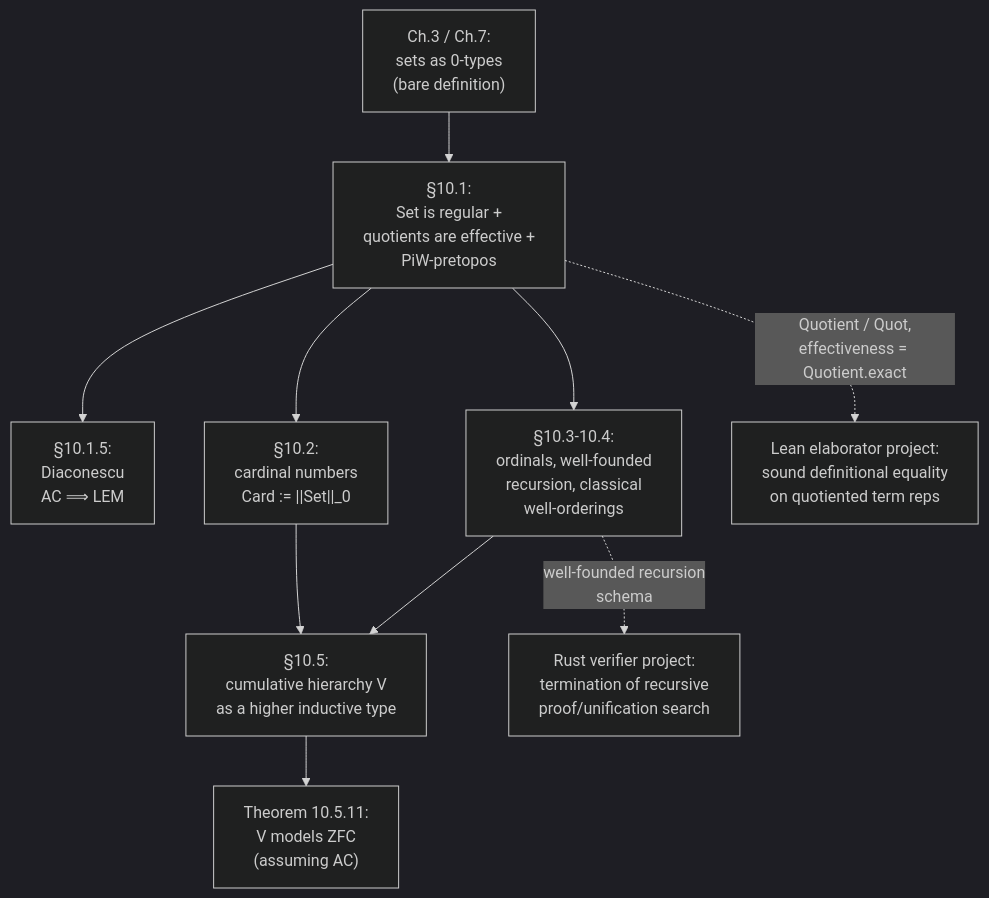
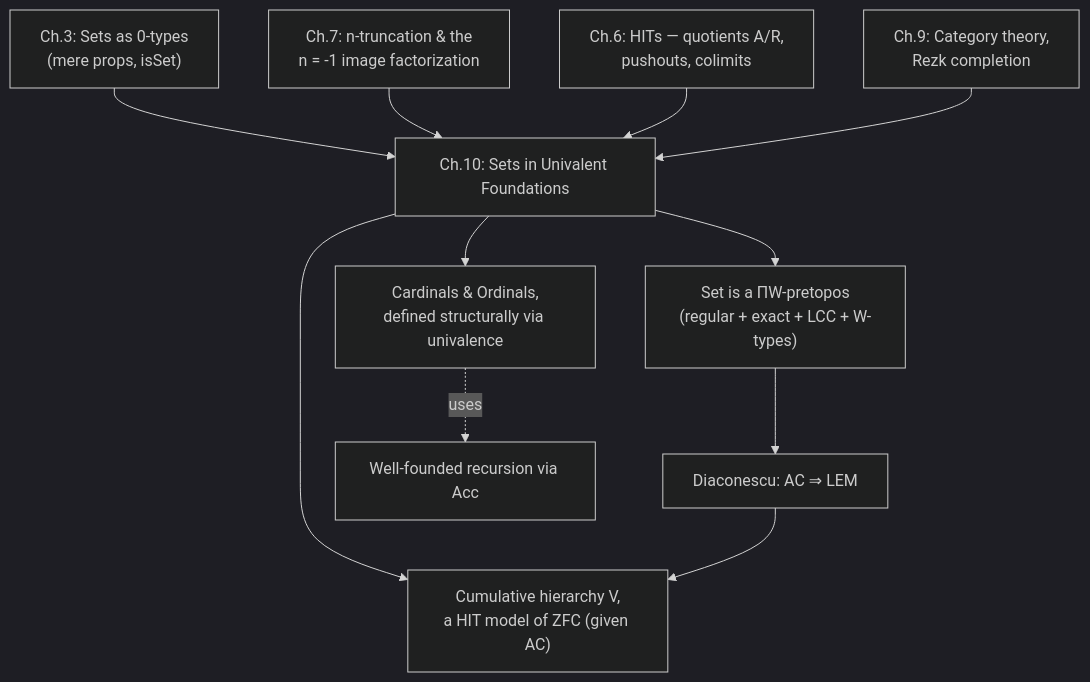
The diagram in 14_homotopy_type_theory/Sets-in-Univalent-Foundations.md (superoptimo/type_theory_vaults), drawn with Mermaid (dark theme) before and after one commit. The commit also changed other lines of this file and 1097 other files, not shown here.

Commit message:
Update vaults books with learning roadmaps

````diff
--- a/14_homotopy_type_theory/Sets-in-Univalent-Foundations.md
+++ b/14_homotopy_type_theory/Sets-in-Univalent-Foundations.md
@@ -213,11 +255,14 @@
 ```mermaid
 flowchart TD
-    A["Ch.3 / Ch.7:\nsets as 0-types\n(bare definition)"] --> B["§10.1:\nSet is regular +\nquotients are effective +\nPiW-pretopos"]
-    B --> C["§10.1.5:\nDiaconescu\nAC ⟹ LEM"]
-    B --> D["§10.2:\ncardinal numbers\nCard := ||Set||_0"]
-    B --> E["§10.3-10.4:\nordinals, well-founded\nrecursion, classical\nwell-orderings"]
-    D & E --> F["§10.5:\ncumulative hierarchy V\nas a higher inductive type"]
-    F --> G["Theorem 10.5.11:\nV models ZFC\n(assuming AC)"]
-    B -.->|"Quotient / Quot,\neffectiveness = Quotient.exact"| H["Lean elaborator project:\nsound definitional equality\non quotiented term reps"]
-    E -.->|"well-founded recursion\nschema"| I["Rust verifier project:\ntermination of recursive\nproof/unification search"]
+    C3["Ch.3: Sets as 0-types<br/>(mere props, isSet)"] --> C10
+    C7["Ch.7: n-truncation & the<br/>n = -1 image factorization"] --> C10
+    C6["Ch.6: HITs — quotients A/R,<br/>pushouts, colimits"] --> C10
+    C9["Ch.9: Category theory,<br/>Rezk completion"] --> C10
+    C10["Ch.10: Sets in Univalent Foundations"]
+    C10 --> Pretopos["Set is a ΠW-pretopos<br/>(regular + exact + LCC + W-types)"]
+    C10 --> CardOrd["Cardinals & Ordinals,<br/>defined structurally via univalence"]
+    C10 --> Hierarchy["Cumulative hierarchy V,<br/>a HIT model of ZFC (given AC)"]
+    Pretopos --> Diac["Diaconescu: AC ⇒ LEM"]
+    Diac --> Hierarchy
+    CardOrd -.uses.-> WF["Well-founded recursion via Acc"]
 ```
````
